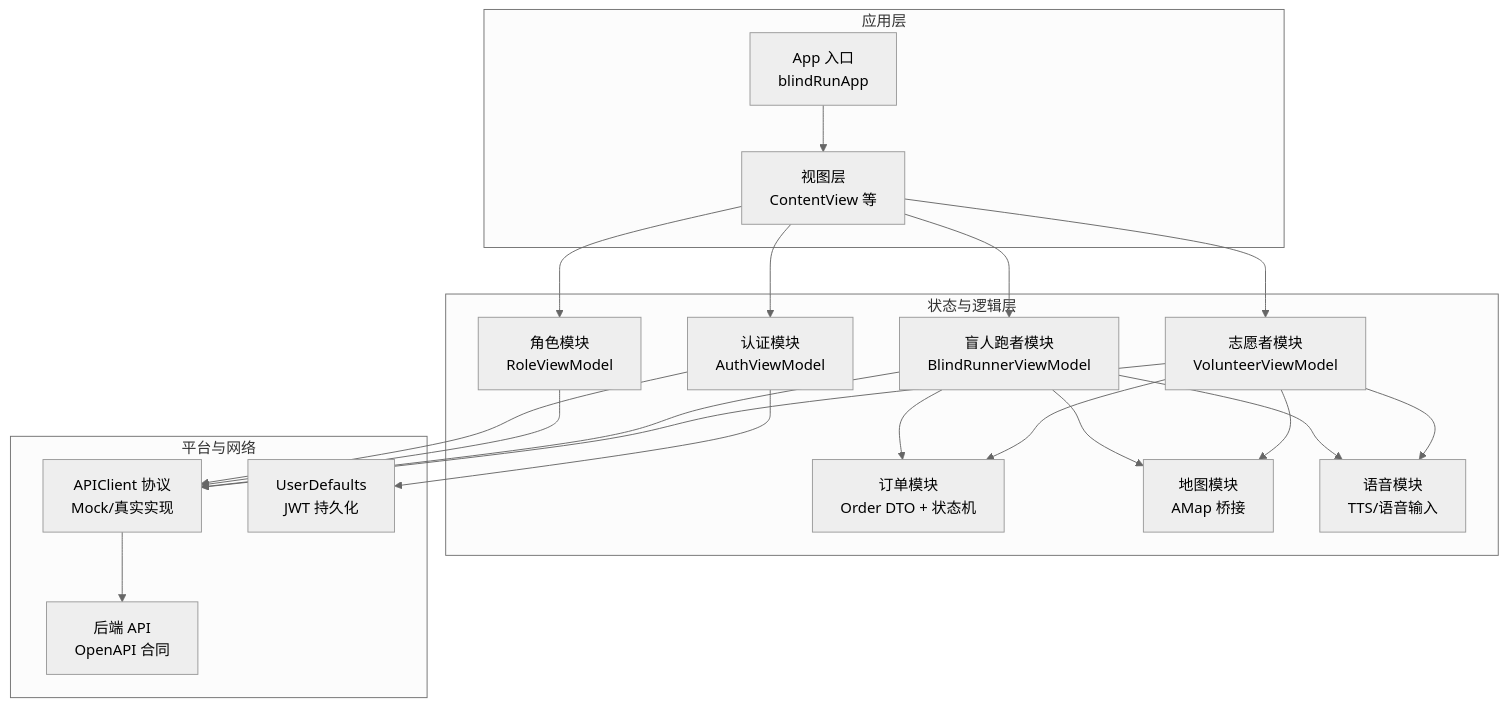
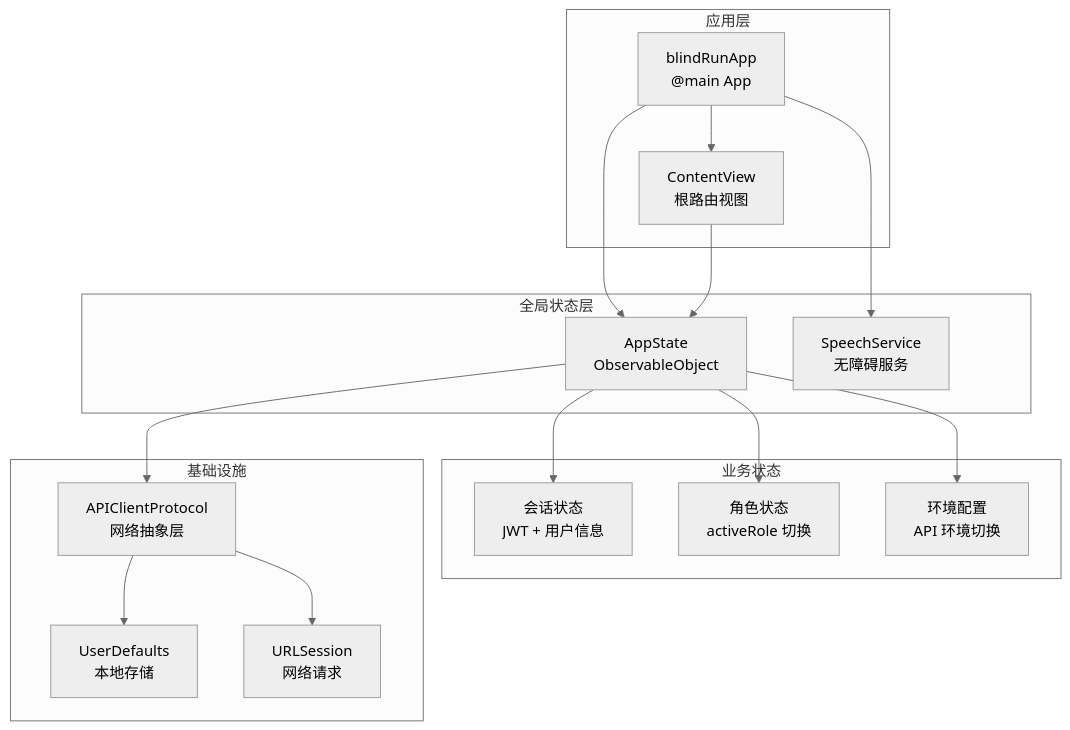
One commit to Jayden23018/blind-run-ios changed the first of 4 diagrams in .qoder/repowiki/zh/content/架构设计/状态管理模式.md. Above: the diagram before and after it, drawn with Mermaid (neutral theme). The commit also changed other lines of this file and 35 other files, not shown here.

Commit message:
Implement backend auth and role-switch flow

````diff
--- a/.qoder/repowiki/zh/content/架构设计/状态管理模式.md
+++ b/.qoder/repowiki/zh/content/架构设计/状态管理模式.md
@@ -103,38 +57,31 @@
 ```mermaid
 graph TB
 subgraph "应用层"
-App["App 入口<br/>blindRunApp"]
-Views["视图层<br/>ContentView 等"]
+App["blindRunApp<br/>@main App"]
+ContentView["ContentView<br/>根路由视图"]
 end
-subgraph "状态与逻辑层"
-Auth["认证模块<br/>AuthViewModel"]
-Role["角色模块<br/>RoleViewModel"]
-Orders["订单模块<br/>Order DTO + 状态机"]
-BR["盲人跑者模块<br/>BlindRunnerViewModel"]
-VOL["志愿者模块<br/>VolunteerViewModel"]
-Map["地图模块<br/>AMap 桥接"]
-Voice["语音模块<br/>TTS/语音输入"]
+subgraph "全局状态层"
+AppState["AppState<br/>ObservableObject"]
+SpeechService["SpeechService<br/>无障碍服务"]
 end
-subgraph "平台与网络"
-APIClient["APIClient 协议<br/>Mock/真实实现"]
-API["后端 API<br/>OpenAPI 合同"]
-UserDefaults["UserDefaults<br/>JWT 持久化"]
+subgraph "业务状态"
+Session["会话状态<br/>JWT + 用户信息"]
+Role["角色状态<br/>activeRole 切换"]
+Env["环境配置<br/>API 环境切换"]
 end
-App --> Views
-Views --> Auth
-Views --> Role
-Views --> BR
-Views --> VOL
-BR --> Orders
-VOL --> Orders
-BR --> Map
-VOL --> Map
-BR --> Voice
-VOL --> Voice
-Auth --> APIClient
-Role --> APIClient
-BR --> APIClient
-VOL --> APIClient
-APIClient --> API
-Auth --> UserDefaults
+subgraph "基础设施"
+APIClient["APIClientProtocol<br/>网络抽象层"]
+UserDefaults["UserDefaults<br/>本地存储"]
+URLSession["URLSession<br/>网络请求"]
+end
+App --> ContentView
+App --> AppState
+App --> SpeechService
+ContentView --> AppState
+AppState --> Session
+AppState --> Role
+AppState --> Env
+AppState --> APIClient
+APIClient --> URLSession
+APIClient --> UserDefaults
 ```
````
